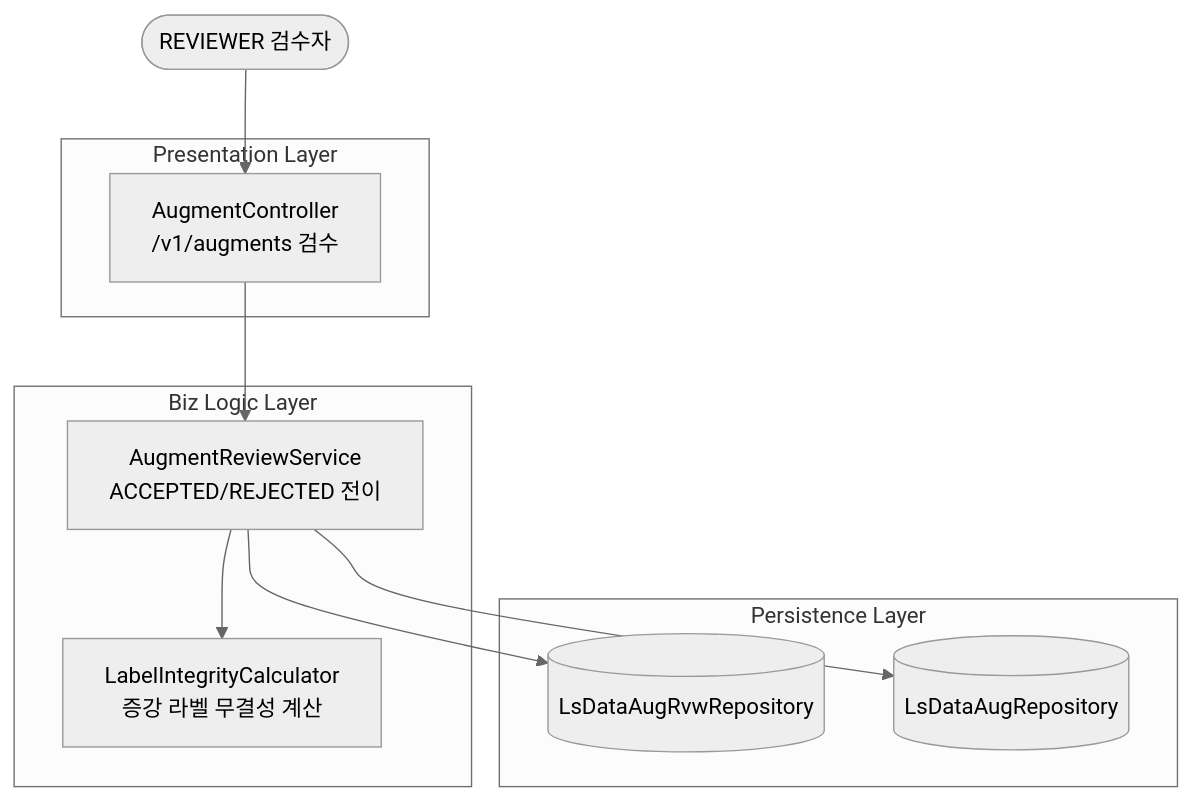
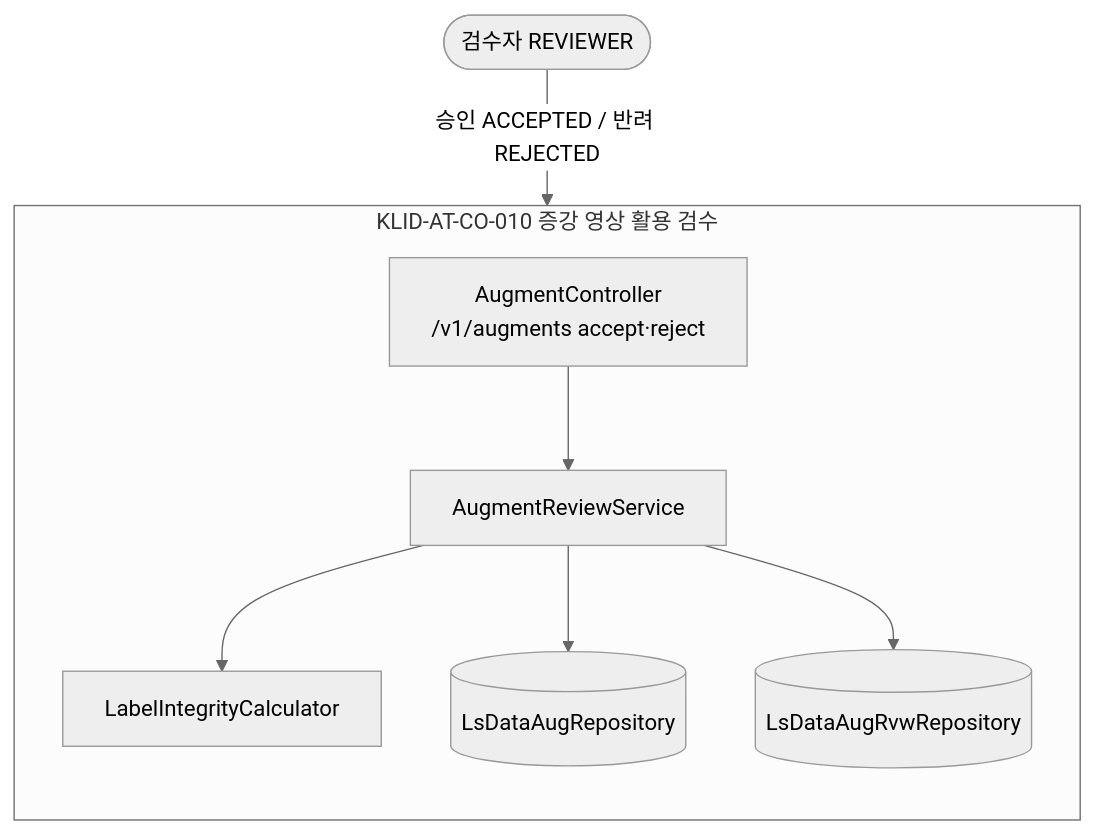
The tenth of 13 diagrams in docs/design/D3-컴포넌트설계서.md (New-stella/klid-label), drawn with Mermaid (neutral theme) before and after one commit. The commit also changed other lines of this file and 6 other files, not shown here.

````diff
--- a/docs/design/D3-컴포넌트설계서.md
+++ b/docs/design/D3-컴포넌트설계서.md
@@ -370,22 +267,17 @@
 ```mermaid
-flowchart TB
-  REVIEWER([REVIEWER 검수자])
-
-  subgraph Presentation [Presentation Layer]
-    AugCtrl[AugmentController<br/>/v1/augments 검수]
-  end
-  subgraph Biz [Biz Logic Layer]
-    AugRvwSvc[AugmentReviewService<br/>ACCEPTED/REJECTED 전이]
-    LblIntegrity[LabelIntegrityCalculator<br/>증강 라벨 무결성 계산]
-  end
-  subgraph Persistence [Persistence Layer]
-    AugRvwRepo[(LsDataAugRvwRepository)]
-    AugRepo[(LsDataAugRepository)]
-  end
-
-  REVIEWER --> AugCtrl
-  AugCtrl --> AugRvwSvc
-  AugRvwSvc --> LblIntegrity
-  AugRvwSvc --> AugRvwRepo
-  AugRvwSvc --> AugRepo
+flowchart TD
+    REVIEWER([검수자 REVIEWER])
+    subgraph CO010[KLID-AT-CO-010 증강 영상 활용 검수]
+        direction TB
+        AC[AugmentController<br/>/v1/augments accept·reject]
+        ARVS[AugmentReviewService]
+        LIC[LabelIntegrityCalculator]
+        LDAR[(LsDataAugRepository)]
+        LDARV[(LsDataAugRvwRepository)]
+        AC --> ARVS
+        ARVS --> LIC
+        ARVS --> LDAR
+        ARVS --> LDARV
+    end
+    REVIEWER -->|승인 ACCEPTED / 반려 REJECTED| AC
 ```
````
